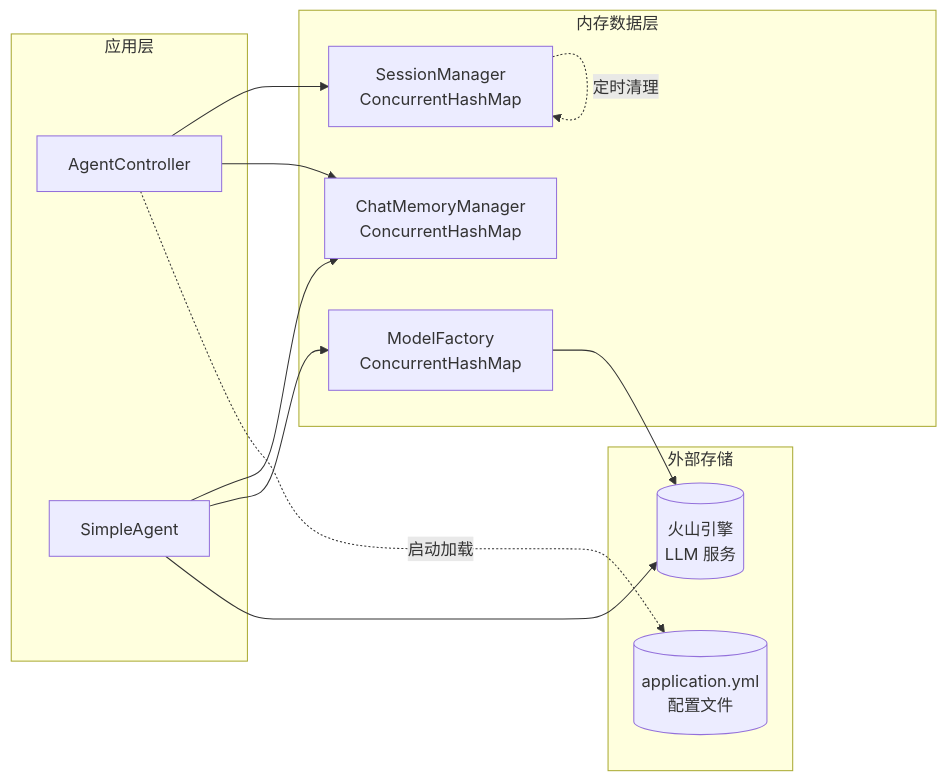
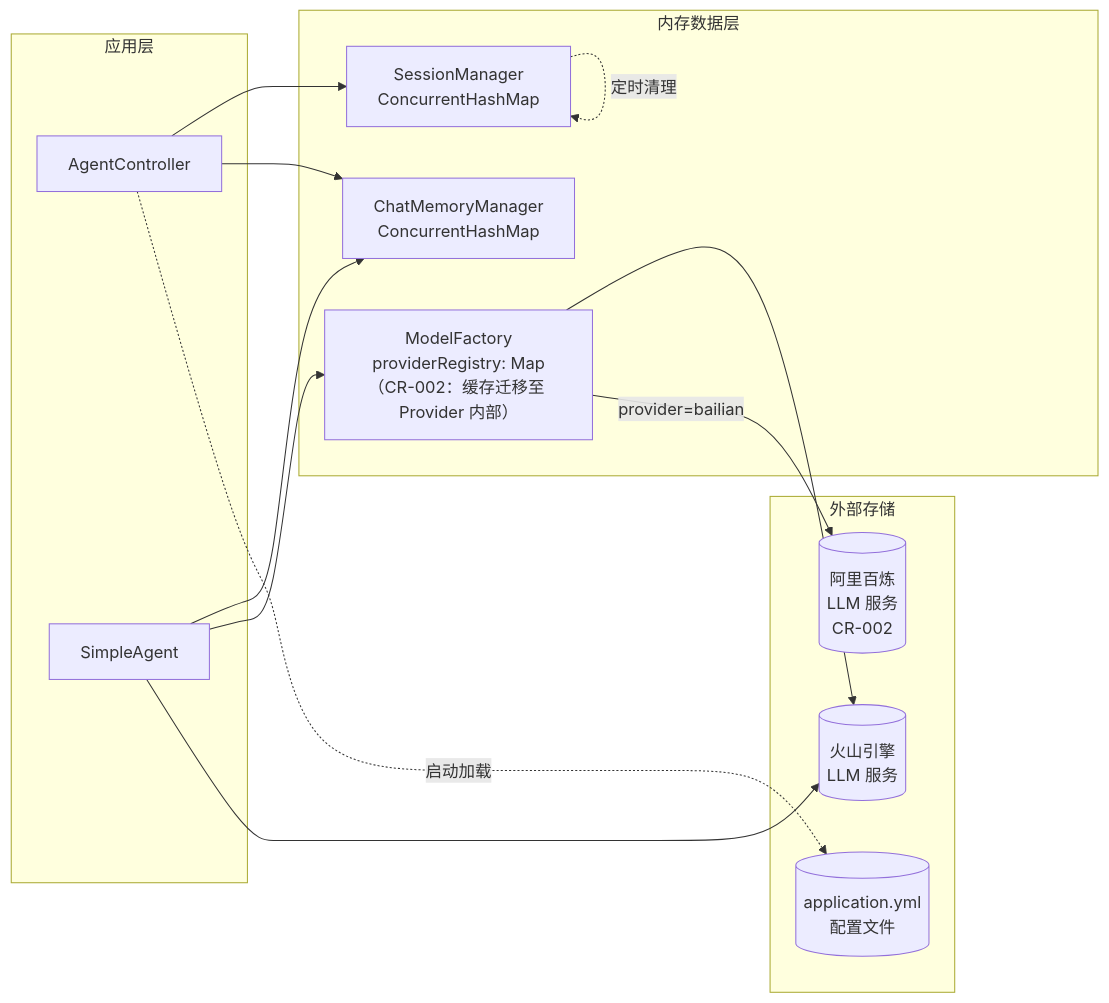
The sixth of 10 diagrams in specs/技术架构文档-TOGAF.md (zxchengQQ/agent_demo), drawn with Mermaid before and after one commit. The commit also changed other lines of this file and 65 other files, not shown here.

````diff
--- a/specs/技术架构文档-TOGAF.md
+++ b/specs/技术架构文档-TOGAF.md
@@ -321,27 +341,29 @@
 ```mermaid
 flowchart LR
     subgraph "应用层"
         CTL[AgentController]
         AGT[SimpleAgent]
     end
 
     subgraph "内存数据层"
         SM["SessionManager<br/>ConcurrentHashMap<String, SessionMetadata>"]
         CMM["ChatMemoryManager<br/>ConcurrentHashMap<String, ChatMemory>"]
-        MF["ModelFactory<br/>ConcurrentHashMap<String, ChatModel>"]
+        MF["ModelFactory<br/>providerRegistry: Map<String, LlmServiceProvider><br/>（CR-002：缓存迁移至 Provider 内部）"]
     end
 
     subgraph "外部存储"
         ARK[(火山引擎<br/>LLM 服务)]
+        BL[(阿里百炼<br/>LLM 服务<br/>CR-002)]
         YML[(application.yml<br/>配置文件)]
     end
 
     CTL --> SM
     CTL --> CMM
     AGT --> CMM
     AGT --> MF
     AGT --> ARK
     SM -.->|定时清理| SM
     MF --> ARK
+    MF -->|provider=bailian| BL
     CTL -.->|启动加载| YML
 ```
````
